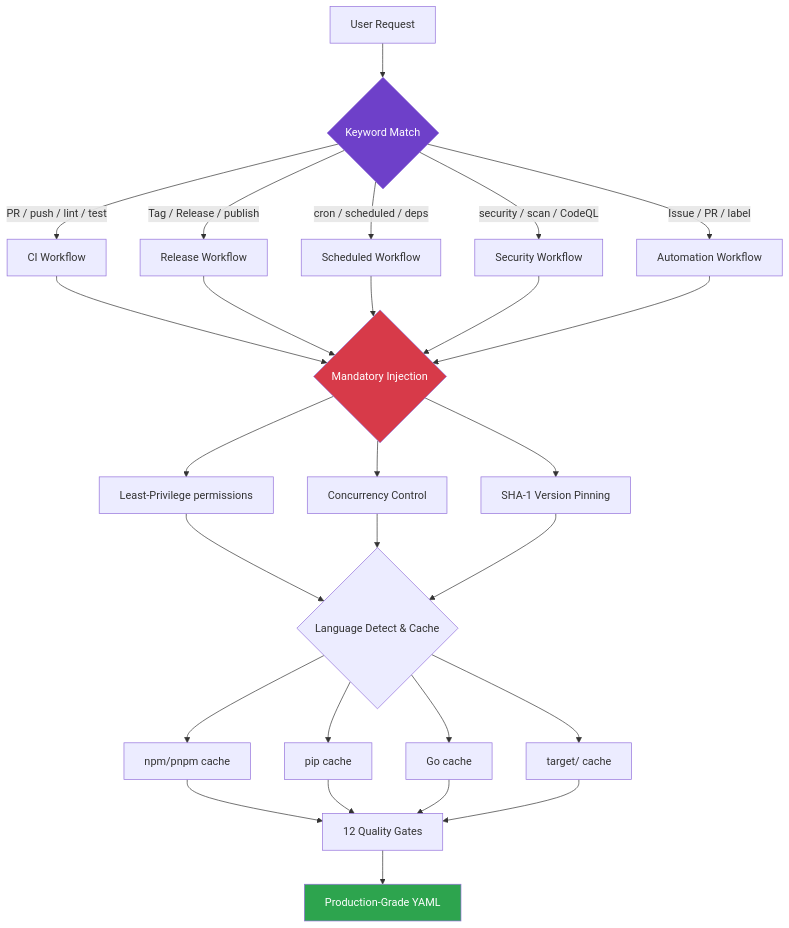
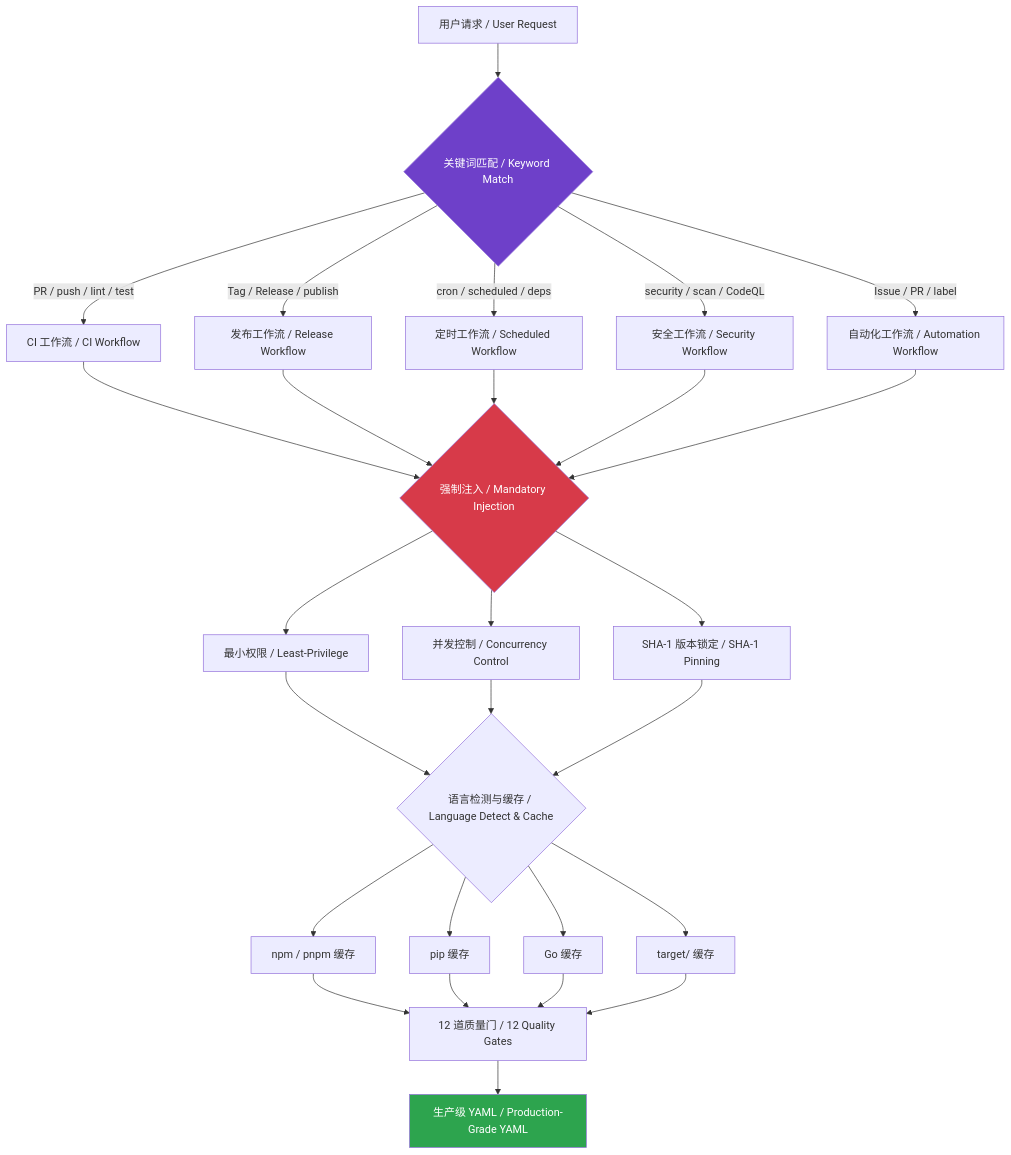
The diagram in README.md (2B0748/github-actions-skill), drawn with Mermaid before and after one commit. The commit also changed other lines of this file, not shown here.

````diff
--- a/README.md
+++ b/README.md
@@ -20,33 +20,33 @@
 ```mermaid
 graph TD
-    REQ[User Request] --> DET{Keyword Match}
+    REQ[用户请求 / User Request] --> DET{关键词匹配 / Keyword Match}
 
-    DET -->|PR / push / lint / test| A[CI Workflow]
-    DET -->|Tag / Release / publish| B[Release Workflow]
-    DET -->|cron / scheduled / deps| C[Scheduled Workflow]
-    DET -->|security / scan / CodeQL| D[Security Workflow]
-    DET -->|Issue / PR / label| E[Automation Workflow]
+    DET -->|PR / push / lint / test| A[CI 工作流 / CI Workflow]
+    DET -->|Tag / Release / publish| B[发布工作流 / Release Workflow]
+    DET -->|cron / scheduled / deps| C[定时工作流 / Scheduled Workflow]
+    DET -->|security / scan / CodeQL| D[安全工作流 / Security Workflow]
+    DET -->|Issue / PR / label| E[自动化工作流 / Automation Workflow]
 
-    A --> INJECT{Mandatory Injection}
+    A --> INJECT{强制注入 / Mandatory Injection}
     B --> INJECT
     C --> INJECT
     D --> INJECT
     E --> INJECT
 
-    INJECT --> PERM[Least-Privilege permissions]
-    INJECT --> CONC[Concurrency Control]
-    INJECT --> PIN[SHA-1 Version Pinning]
+    INJECT --> PERM[最小权限 / Least-Privilege]
+    INJECT --> CONC[并发控制 / Concurrency Control]
+    INJECT --> PIN[SHA-1 版本锁定 / SHA-1 Pinning]
 
-    PERM & CONC & PIN --> CACHE{Language Detect & Cache}
-    CACHE --> NODE[npm/pnpm cache]
-    CACHE --> PY[pip cache]
-    CACHE --> GO[Go cache]
-    CACHE --> RUST[target/ cache]
+    PERM & CONC & PIN --> CACHE{语言检测与缓存 / Language Detect & Cache}
+    CACHE --> NODE[npm / pnpm 缓存]
+    CACHE --> PY[pip 缓存]
+    CACHE --> GO[Go 缓存]
+    CACHE --> RUST[target/ 缓存]
 
-    NODE & PY & GO & RUST --> AUDIT[12 Quality Gates]
-    AUDIT --> OUT[Production-Grade YAML]
+    NODE & PY & GO & RUST --> AUDIT[12 道质量门 / 12 Quality Gates]
+    AUDIT --> OUT[生产级 YAML / Production-Grade YAML]
 
     style OUT fill:#2da44e,color:#fff
     style DET fill:#6e40c9,color:#fff
     style INJECT fill:#d73a49,color:#fff
 ```
````
